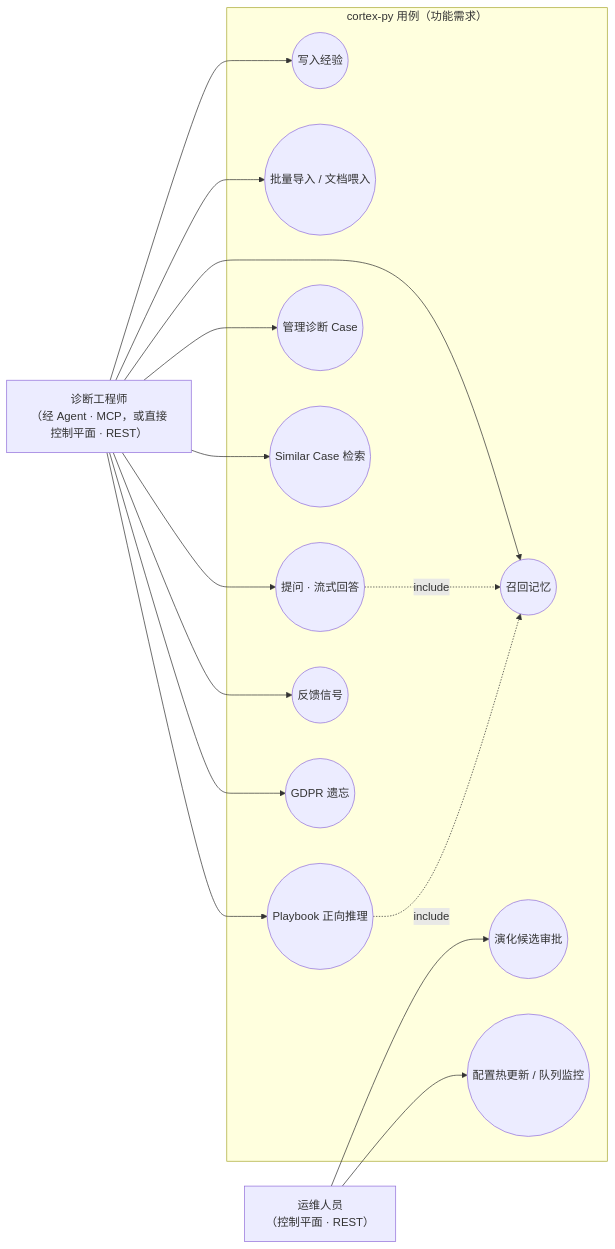
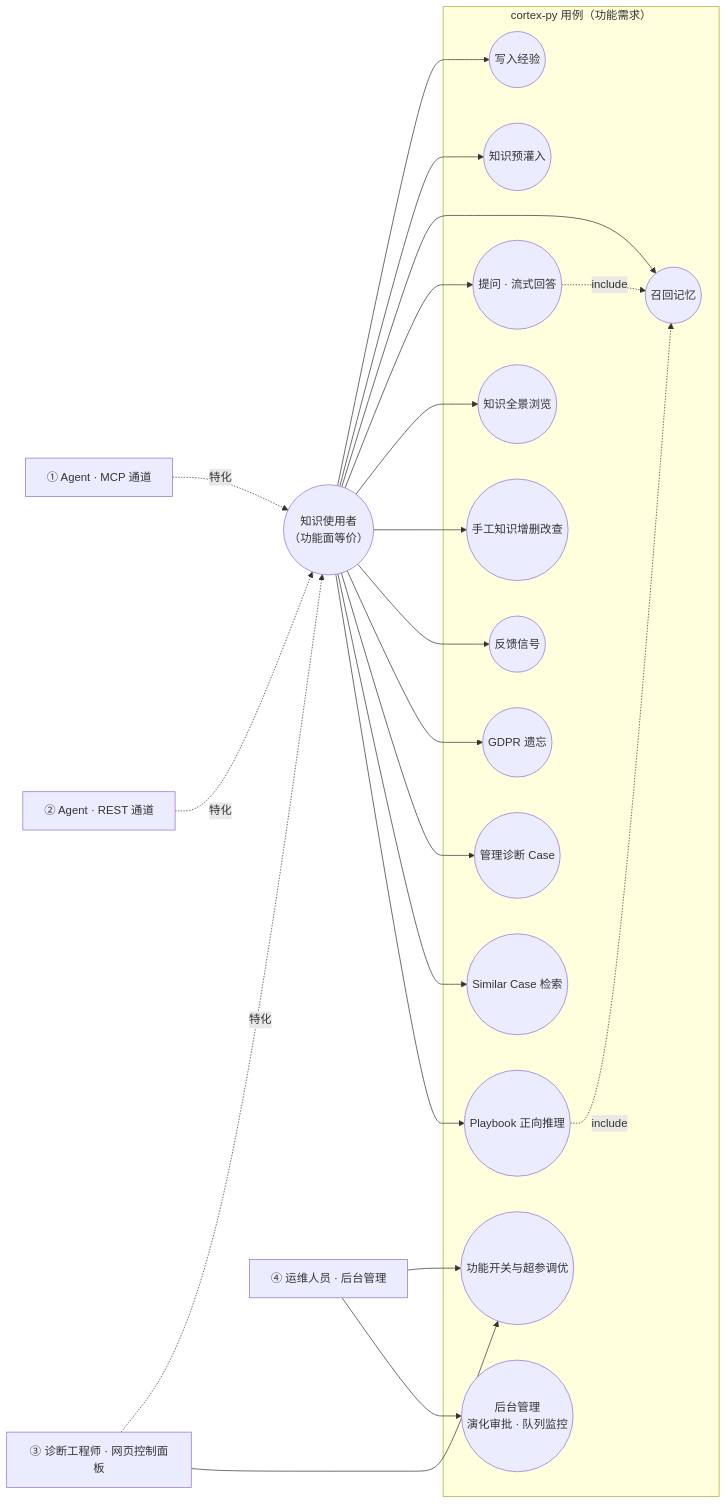
One commit to pty819/cortex-py-book changed the seventh of 10 diagrams in source/chapters/23-architecture-diagrams.md. Above: the diagram before and after it, drawn with Mermaid. The commit also changed other lines of this file, not shown here.

Commit message:
docs(ch23): 用例视图改为 3 直接用户 + 1 后台角色的参与者泛化模型
- 三个直接用户:Agent·MCP 通道 / Agent·REST 通道 / 诊断工程师·网页控制面板
  (控制平面全功能面:知识预览/预灌入/单条批量手工 CRUD/开关与超参调优)
- 用参与者泛化(特化→知识使用者)表达三者功能面等价
- 新增 UC5 知识全景浏览、UC6 手工知识增删改查;UC2 更名知识预灌入;
  UC12 功能开关与超参调优(工程师+运维),UC13 后台管理(运维)
- 用例重编号 11→13,场景引用同步(遗忘 UC8/反馈 UC7/热更新 UC12)

````diff
--- a/source/chapters/23-architecture-diagrams.md
+++ b/source/chapters/23-architecture-diagrams.md
@@ -407,33 +414,45 @@
 ```{mermaid}
 graph LR
-    ENG["诊断工程师<br/>（经 Agent · MCP，或直接控制平面 · REST）"]
-    OPS["运维人员<br/>（控制平面 · REST）"]
+    AGM["① Agent · MCP 通道"]
+    AGR["② Agent · REST 通道"]
+    ENG["③ 诊断工程师 · 网页控制面板"]
+    USER(("知识使用者<br/>（功能面等价）"))
+    OPS["④ 运维人员 · 后台管理"]
+
+    AGM -.->|特化| USER
+    AGR -.->|特化| USER
+    ENG -.->|特化| USER
 
     subgraph SYS["cortex-py 用例（功能需求）"]
         UC1(("写入经验"))
-        UC2(("批量导入 / 文档喂入"))
+        UC2(("知识预灌入"))
         UC3(("召回记忆"))
         UC4(("提问 · 流式回答"))
-        UC5(("管理诊断 Case"))
-        UC6(("Similar Case 检索"))
-        UC7(("Playbook 正向推理"))
-        UC8(("反馈信号"))
-        UC9(("演化候选审批"))
-        UC10(("GDPR 遗忘"))
-        UC11(("配置热更新 / 队列监控"))
+        UC5(("知识全景浏览"))
+        UC6(("手工知识增删改查"))
+        UC7(("反馈信号"))
+        UC8(("GDPR 遗忘"))
+        UC9(("管理诊断 Case"))
+        UC10(("Similar Case 检索"))
+        UC11(("Playbook 正向推理"))
+        UC12(("功能开关与超参调优"))
+        UC13(("后台管理<br/>演化审批 · 队列监控"))
     end
 
-    ENG --> UC1
-    ENG --> UC2
-    ENG --> UC3
-    ENG --> UC4
-    ENG --> UC5
-    ENG --> UC6
-    ENG --> UC7
-    ENG --> UC8
-    ENG --> UC10
-    OPS --> UC9
-    OPS --> UC11
+    USER --> UC1
+    USER --> UC2
+    USER --> UC3
+    USER --> UC4
+    USER --> UC5
+    USER --> UC6
+    USER --> UC7
+    USER --> UC8
+    USER --> UC9
+    USER --> UC10
+    USER --> UC11
+    ENG --> UC12
+    OPS --> UC12
+    OPS --> UC13
     UC4 -.->|include| UC3
-    UC7 -.->|include| UC3
+    UC11 -.->|include| UC3
 ```
````
